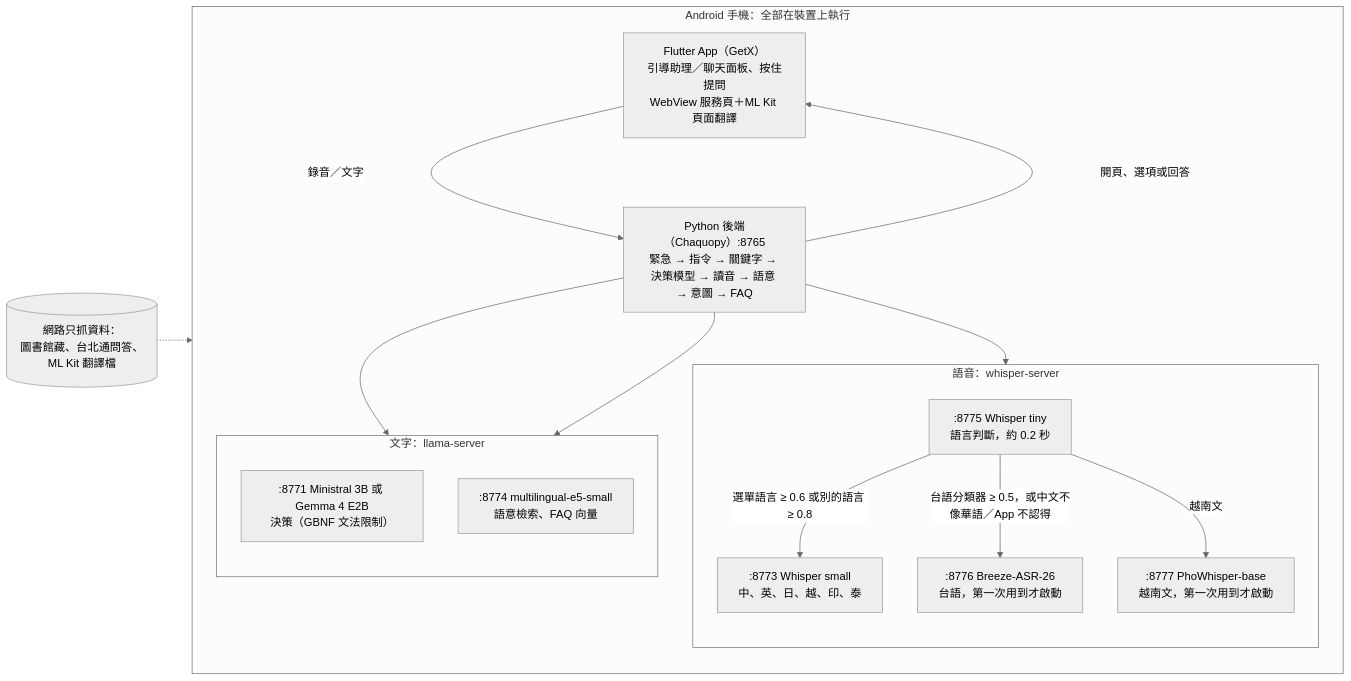
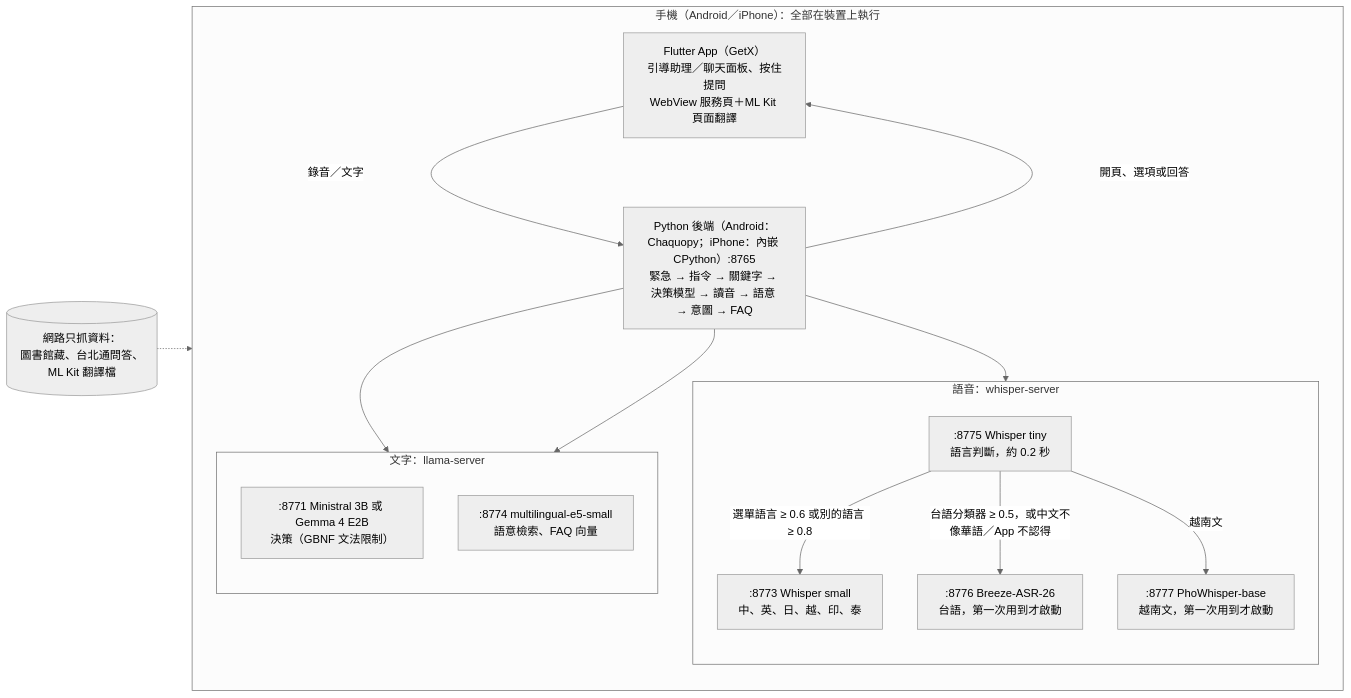
The first of 2 diagrams in README.md (goodmorning1226/TownPass), drawn with Mermaid (neutral theme) before and after one commit. The commit also changed other lines of this file and 6 other files, not shown here.

First line of the commit message:
chore: one on-device switch and run script for Android and iPhone

````diff
--- a/README.md
+++ b/README.md
@@ -179,31 +180,31 @@
 ```mermaid
 flowchart LR
-    subgraph phone["Android 手機：全部在裝置上執行"]
+    subgraph phone["手機（Android／iPhone）：全部在裝置上執行"]
         direction TB
         app["Flutter App（GetX）<br/>引導助理／聊天面板、按住提問<br/>WebView 服務頁＋ML Kit 頁面翻譯"]
-        backend["Python 後端（Chaquopy）:8765<br/>緊急 → 指令 → 關鍵字 → 決策模型 → 讀音 → 語意 → 意圖 → FAQ"]
+        backend["Python 後端（Android：Chaquopy；iPhone：內嵌 CPython）:8765<br/>緊急 → 指令 → 關鍵字 → 決策模型 → 讀音 → 語意 → 意圖 → FAQ"]
         subgraph speech["語音：whisper-server"]
             direction TB
             tiny[":8775 Whisper tiny<br/>語言判斷，約 0.2 秒"]
             small[":8773 Whisper small<br/>中、英、日、越、印、泰"]
             breeze[":8776 Breeze-ASR-26<br/>台語，第一次用到才啟動"]
             pho[":8777 PhoWhisper-base<br/>越南文，第一次用到才啟動"]
         end
         subgraph llm["文字：llama-server"]
             direction TB
             decide[":8771 Ministral 3B 或 Gemma 4 E2B<br/>決策（GBNF 文法限制）"]
             e5[":8774 multilingual-e5-small<br/>語意檢索、FAQ 向量"]
         end
     end
     net[("網路只抓資料：<br/>圖書館藏、台北通問答、ML Kit 翻譯檔")]
 
     app -->|"錄音／文字"| backend
     backend -->|"開頁、選項或回答"| app
     backend --> tiny
     tiny -->|"選單語言 ≥ 0.6 或別的語言 ≥ 0.8"| small
     tiny -->|"台語分類器 ≥ 0.5，或中文不像華語／App 不認得"| breeze
     tiny -->|"越南文"| pho
     backend --> decide
     backend --> e5
     net -.-> app
 ```
````
